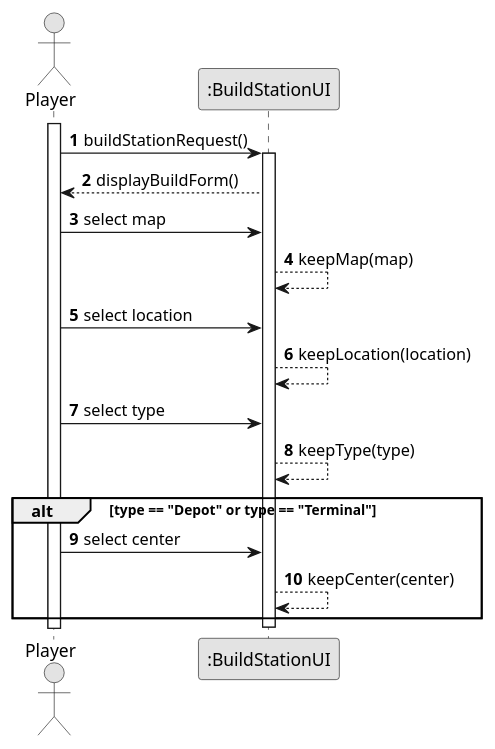
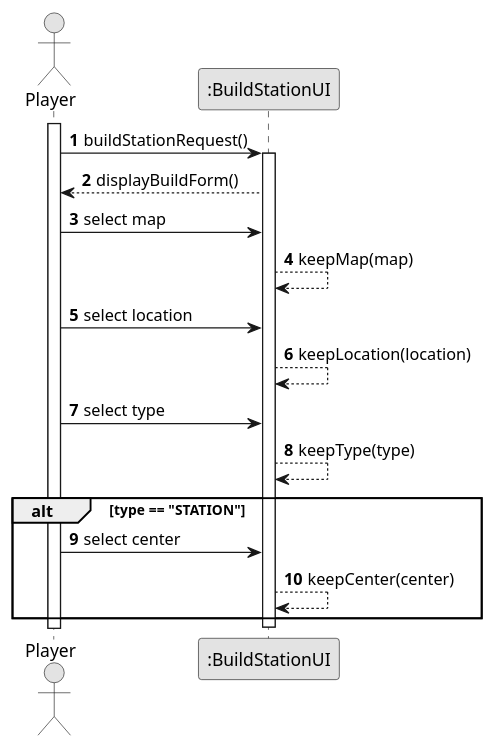
One commit to goncalolopesp/sem2-pi-24.25-g093-repo changed the diagram in docs/system-documentation/US005/03.design/puml/US005-SD-getInput.puml. Above: the diagram before and after it, drawn with PlantUML. The commit also changed 10 other files, not shown here.

```diff
--- a/docs/system-documentation/US005/03.design/puml/US005-SD-getInput.puml
+++ b/docs/system-documentation/US005/03.design/puml/US005-SD-getInput.puml
@@ -1,31 +1,31 @@
 @startuml US005-SD-getInput
 skinparam monochrome true
 skinparam packageStyle rectangle
 skinparam shadowing false
 
 autonumber
 
 actor "Player" as Player
 participant ":BuildStationUI" as BuildUI
 
 activate Player
 Player -> BuildUI : buildStationRequest()
 activate BuildUI
 BuildUI --> Player : displayBuildForm()
 
 Player -> BuildUI : select map
 BuildUI --> BuildUI : keepMap(map)
 
 Player -> BuildUI : select location
 BuildUI --> BuildUI : keepLocation(location)
 
 Player -> BuildUI : select type
 BuildUI --> BuildUI : keepType(type)
 
-alt type == "Depot" or type == "Terminal"
+alt type == "STATION"
   Player -> BuildUI : select center
   BuildUI --> BuildUI : keepCenter(center)
 end
 
 deactivate BuildUI
 @enduml
```
